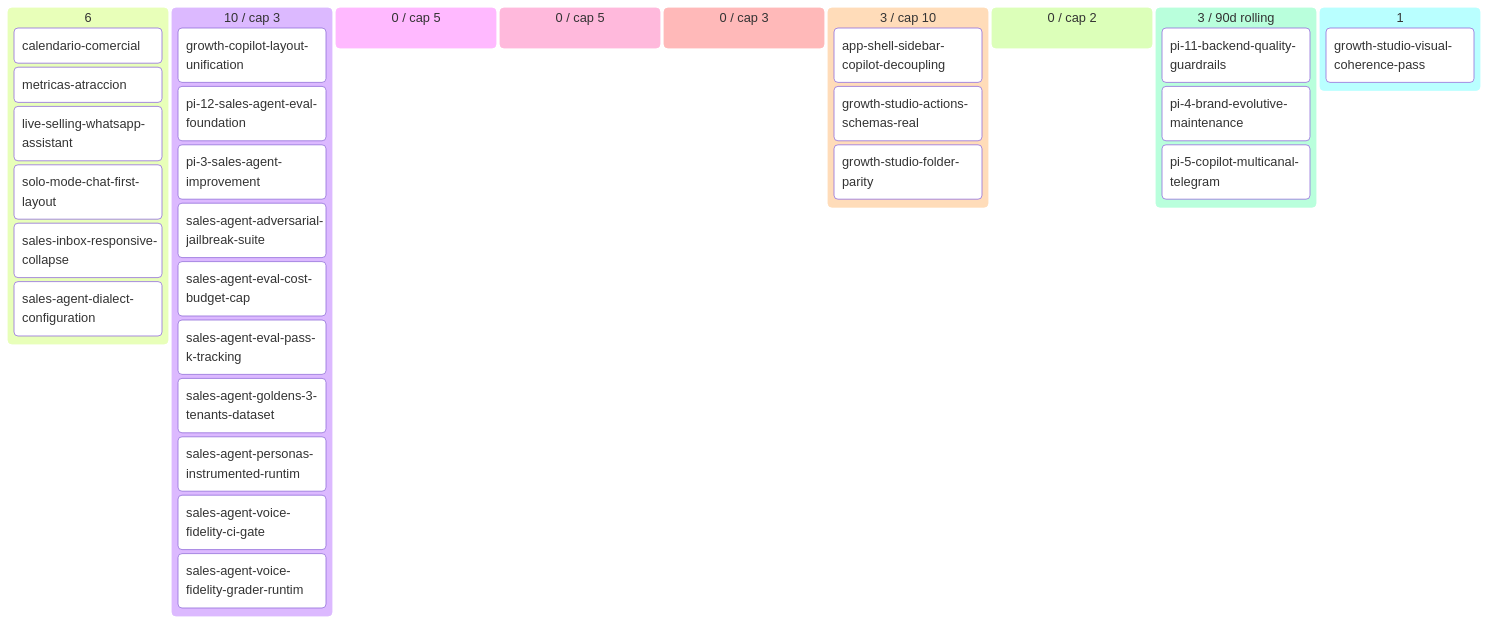
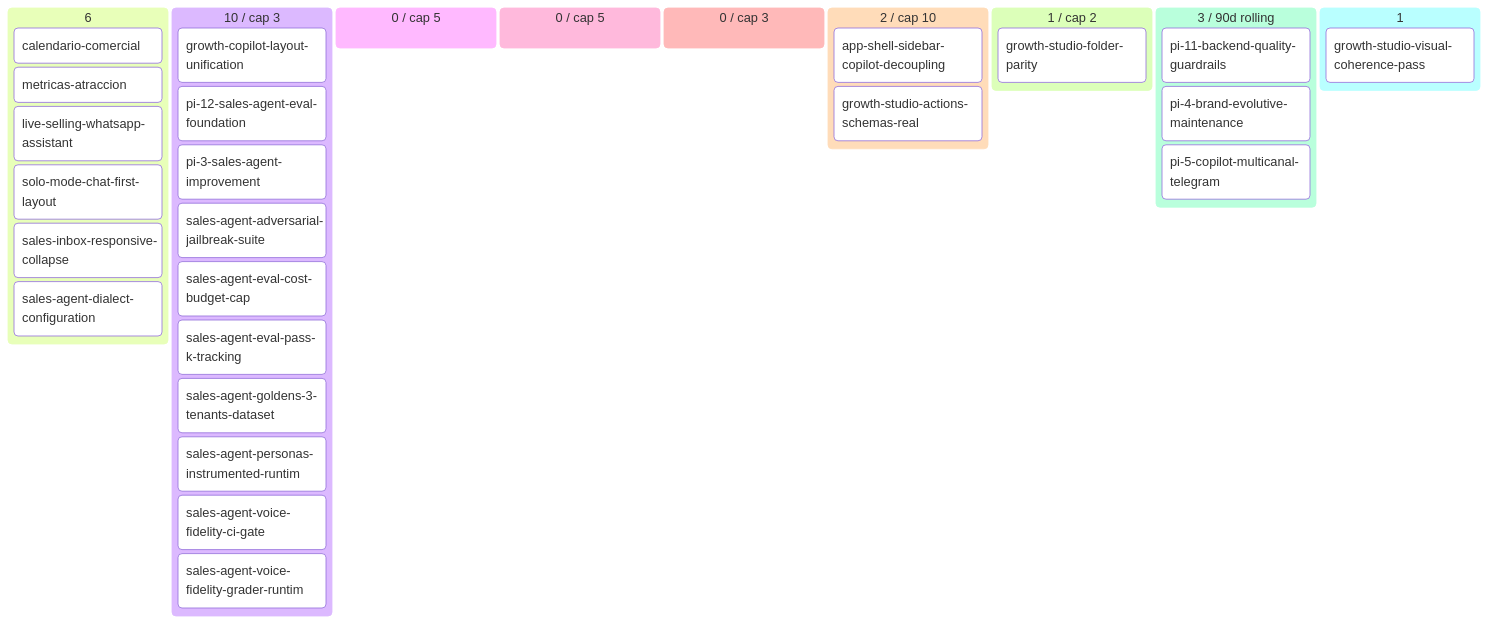
Before and after one commit to alpacapurpura/ap_sales_agent: the diagram in docs/product/BACKLOG.md, drawn with Mermaid. The commit also changed other lines of this file and 5 other files, not shown here.

````diff
--- a/docs/product/BACKLOG.md
+++ b/docs/product/BACKLOG.md
@@ -60,35 +59,35 @@
 ```mermaid
 kanban
   💡 Ideas (6)
     calendario-comercial[calendario-comercial]
     metricas-atraccion[metricas-atraccion]
     live-selling-whatsapp-assistan[live-selling-whatsapp-assistant]
     solo-mode-chat-first-layout[solo-mode-chat-first-layout]
     sales-inbox-responsive-collaps[sales-inbox-responsive-collapse]
     sales-agent-dialect-configurat[sales-agent-dialect-configuration]
   🔬 Refining (10 / cap 3)
     growth-copilot-layout-unificat[growth-copilot-layout-unification]
     pi-12-sales-agent-eval-foundat[pi-12-sales-agent-eval-foundation]
     pi-3-sales-agent-improvement[pi-3-sales-agent-improvement]
     sales-agent-adversarial-jailbr[sales-agent-adversarial-jailbreak-suite]
     sales-agent-eval-cost-budget-c[sales-agent-eval-cost-budget-cap]
     sales-agent-eval-pass-k-tracki[sales-agent-eval-pass-k-tracking]
     sales-agent-goldens-3-tenants-[sales-agent-goldens-3-tenants-dataset]
     sales-agent-personas-instrumen[sales-agent-personas-instrumented-runtim]
     sales-agent-voice-fidelity-ci-[sales-agent-voice-fidelity-ci-gate]
     sales-agent-voice-fidelity-gra[sales-agent-voice-fidelity-grader-runtim]
   ✅ Refined (0 / cap 5)
   📦 Ready (0 / cap 5)
   🔨 Developing (0 / cap 3)
-  🧪 Developed (3 / cap 10)
+  🧪 Developed (2 / cap 10)
     app-shell-sidebar-copilot-deco[app-shell-sidebar-copilot-decoupling]
     growth-studio-actions-schemas-[growth-studio-actions-schemas-real]
+  🔍 Reviewing (1 / cap 2)
     growth-studio-folder-parity[growth-studio-folder-parity]
-  🔍 Reviewing (0 / cap 2)
   ✅ Done (3 / 90d rolling)
     pi-11-backend-quality-guardrai[pi-11-backend-quality-guardrails]
     pi-4-brand-evolutive-maintenan[pi-4-brand-evolutive-maintenance]
     pi-5-copilot-multicanal-telegr[pi-5-copilot-multicanal-telegram]
   🅿 Parked (1)
     growth-studio-visual-coherence[growth-studio-visual-coherence-pass]
 ```
````
